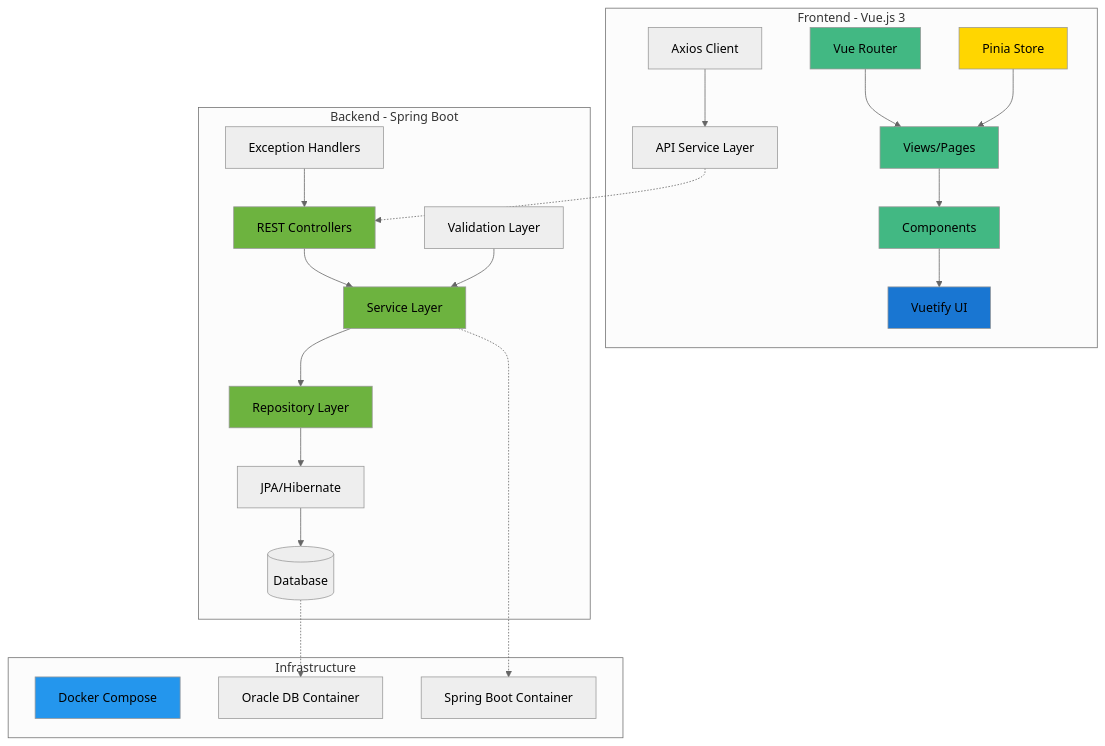
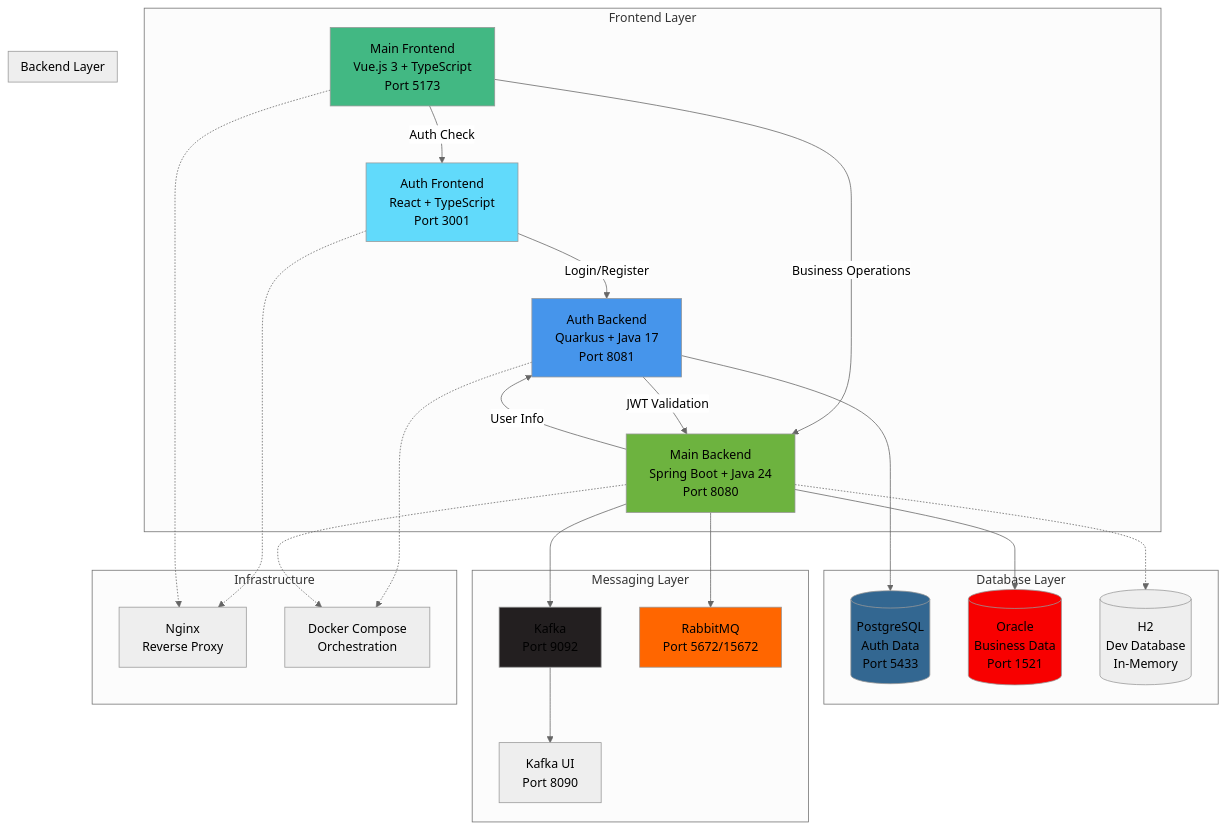
One commit to caiocv18/vortex changed the first of 3 diagrams in README.md. Above: the diagram before and after it, drawn with Mermaid (neutral theme). The commit also changed other lines of this file and 3 other files, not shown here.

Commit message:
docs: Update documentation for Vortex infrastructure, including service architecture, authentication flow, and port mapping; enhance Docker Compose configurations for better service management

````diff
--- a/README.md
+++ b/README.md
@@ -45,39 +47,58 @@
 ```mermaid
 graph TB
-    subgraph "Frontend - Vue.js 3"
-        A[Vue Router] --> B[Views/Pages]
-        B --> C[Components]
-        C --> D[Vuetify UI]
-        E[Pinia Store] --> B
-        F[Axios Client] --> G[API Service Layer]
+    subgraph "Frontend Layer"
+        AF[Auth Frontend<br/>React + TypeScript<br/>Port 3001] 
+        MF[Main Frontend<br/>Vue.js 3 + TypeScript<br/>Port 5173]
+        
+        AF --> |Login/Register| AB
+        MF --> |Business Operations| MB
+        MF --> |Auth Check| AF
     end
     
-    subgraph "Backend - Spring Boot"
-        H[REST Controllers] --> I[Service Layer]
-        I --> J[Repository Layer]
-        J --> K[JPA/Hibernate]
-        K --> L[(Database)]
-        M[Exception Handlers] --> H
-        N[Validation Layer] --> I
+    subgraph "Backend Layer"
+        AB[Auth Backend<br/>Quarkus + Java 17<br/>Port 8081]
+        MB[Main Backend<br/>Spring Boot + Java 24<br/>Port 8080]
+        
+        AB --> |JWT Validation| MB
+        MB --> |User Info| AB
+    end
+    
+    subgraph "Database Layer"
+        PG[(PostgreSQL<br/>Auth Data<br/>Port 5433)]
+        OR[(Oracle<br/>Business Data<br/>Port 1521)]
+        H2[(H2<br/>Dev Database<br/>In-Memory)]
+        
+        AB --> PG
+        MB --> OR
+        MB -.-> H2
+    end
+    
+    subgraph "Messaging Layer"
+        KF[Kafka<br/>Port 9092]
+        KUI[Kafka UI<br/>Port 8090]
+        RMQ[RabbitMQ<br/>Port 5672/15672]
+        
+        MB --> KF
+        MB --> RMQ
+        KF --> KUI
     end
     
     subgraph "Infrastructure"
-        O[Docker Compose]
-        P[Oracle DB Container]
-        Q[Spring Boot Container]
+        NG[Nginx<br/>Reverse Proxy]
+        DC[Docker Compose<br/>Orchestration]
+        
+        AF -.-> NG
+        MF -.-> NG
+        AB -.-> DC
+        MB -.-> DC
     end
     
-    G -.-> H
-    L -.-> P
-    I -.-> Q
-    
-    style A fill:#42b883
-    style B fill:#42b883
-    style C fill:#42b883
-    style D fill:#1976d2
-    style E fill:#ffd600
-    style H fill:#6db33f
-    style I fill:#6db33f
-    style J fill:#6db33f
-    style O fill:#2496ed
+    style AF fill:#61dafb
+    style MF fill:#42b883
+    style AB fill:#4695eb
+    style MB fill:#6db33f
+    style PG fill:#336791
+    style OR fill:#f80000
+    style KF fill:#231f20
+    style RMQ fill:#ff6600
 ```
````
